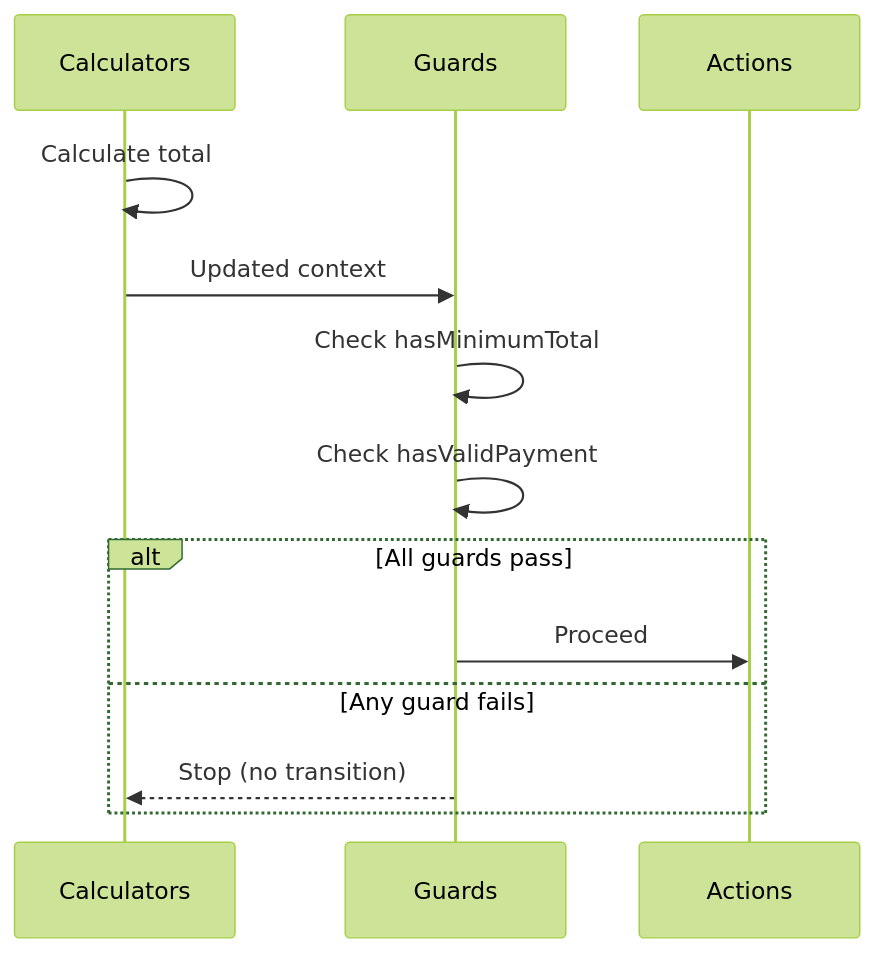
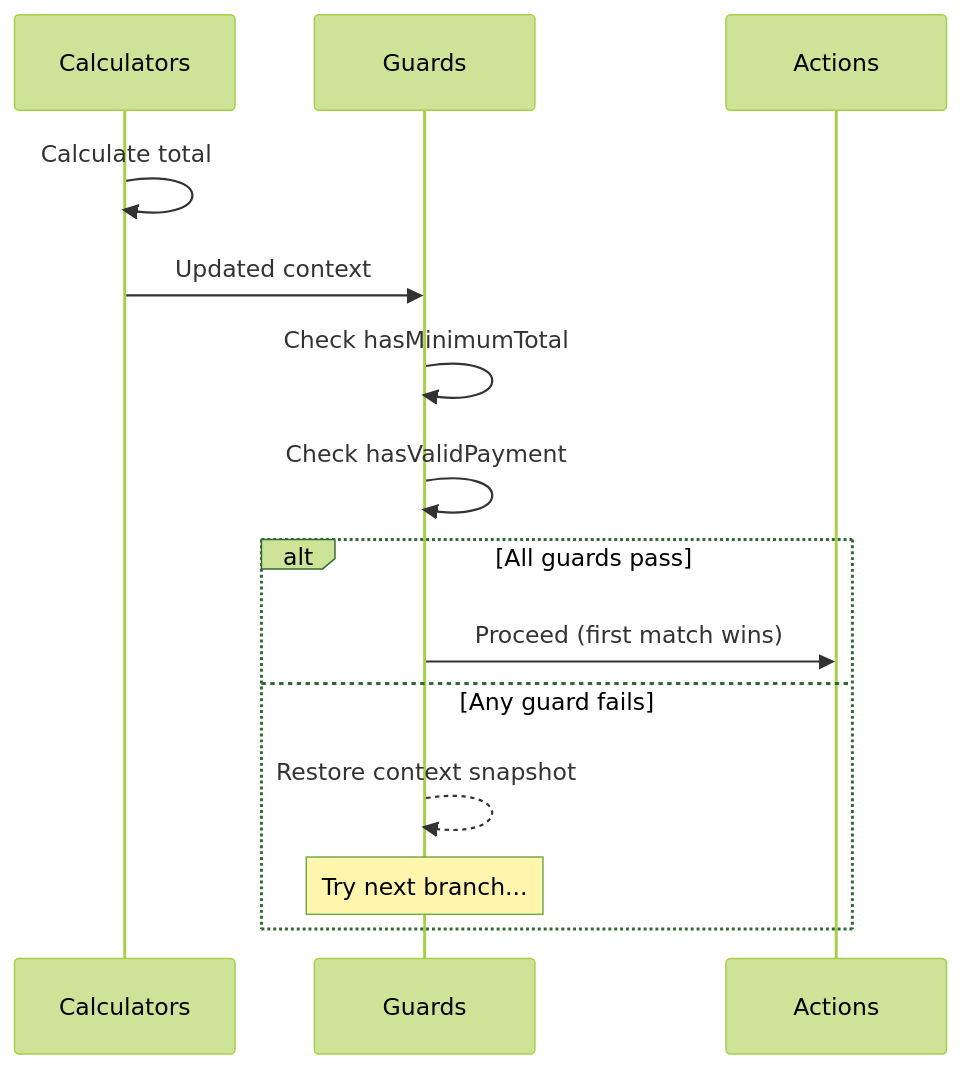
Before and after one commit to tarfin-labs/event-machine: the third of 3 diagrams in docs/behaviors/guards.md, drawn with Mermaid (forest theme). The commit also changed other lines of this file and 1 other file, not shown here.

First line of the commit message:
docs: add guard purity guarantee, evaluation order, and cross-region rejection to docs

````diff
--- a/docs/behaviors/guards.md
+++ b/docs/behaviors/guards.md
@@ -329,16 +359,17 @@
 ```mermaid
 sequenceDiagram
     participant Calc as Calculators
     participant Guard as Guards
     participant Action as Actions
 
     Calc->>Calc: Calculate total
     Calc->>Guard: Updated context
     Guard->>Guard: Check hasMinimumTotal
     Guard->>Guard: Check hasValidPayment
     alt All guards pass
-        Guard->>Action: Proceed
+        Guard->>Action: Proceed (first match wins)
     else Any guard fails
-        Guard-->>Calc: Stop (no transition)
+        Guard-->>Guard: Restore context snapshot
+        Note over Guard: Try next branch...
     end
 ```
````
